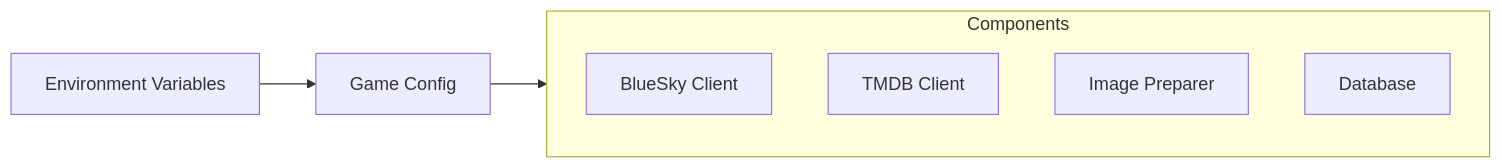
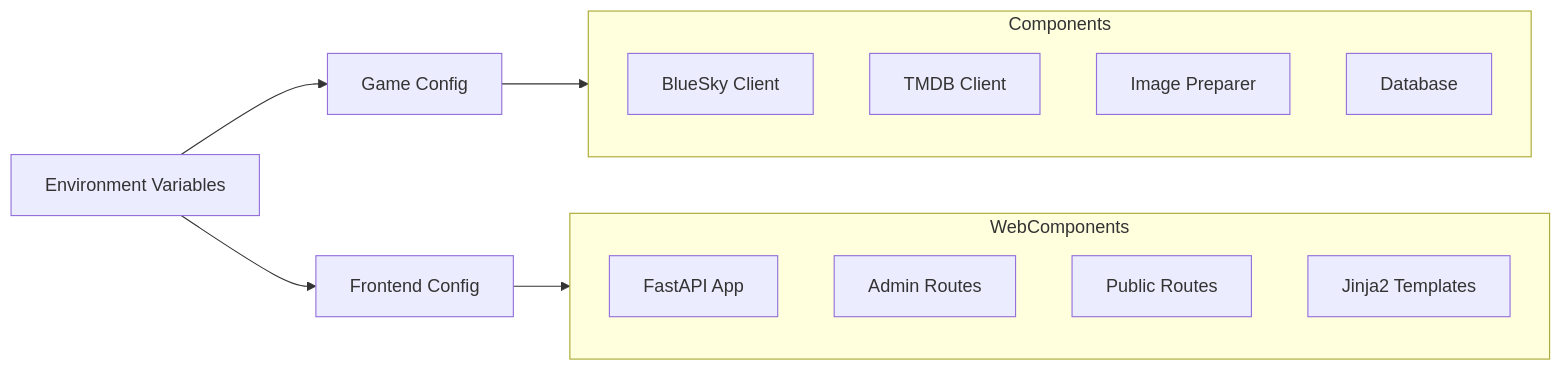
Before and after one commit to mikeisfree/bsky-movie-guesser: the fifth of 5 diagrams in memory-bank/systemPatterns.md, drawn with Mermaid. The commit also changed other lines of this file and 12 other files, not shown here.

````diff
--- a/memory-bank/systemPatterns.md
+++ b/memory-bank/systemPatterns.md
@@ -143,11 +183,19 @@
 ```mermaid
 graph LR
     ENV[Environment Variables] --> GC[Game Config]
     GC --> Components
+    ENV --> FE[Frontend Config]
+    FE --> WebComponents
     subgraph Components
         BC[BlueSky Client]
         TC[TMDB Client]
         IP[Image Preparer]
         DB[Database]
     end
+    subgraph WebComponents
+        API[FastAPI App]
+        Admin[Admin Routes]
+        Public[Public Routes]
+        Templates[Jinja2 Templates]
+    end
 ```
````
